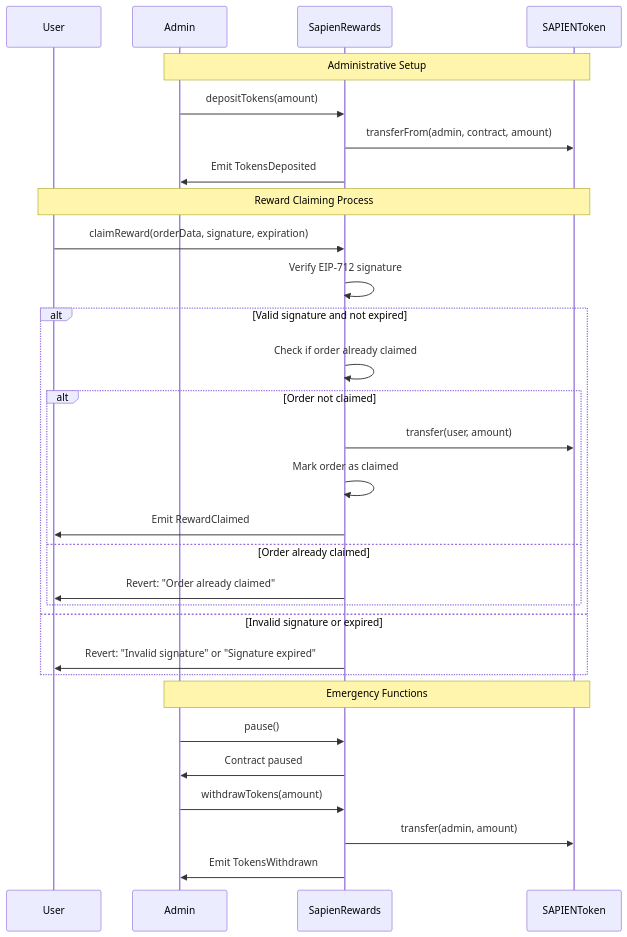
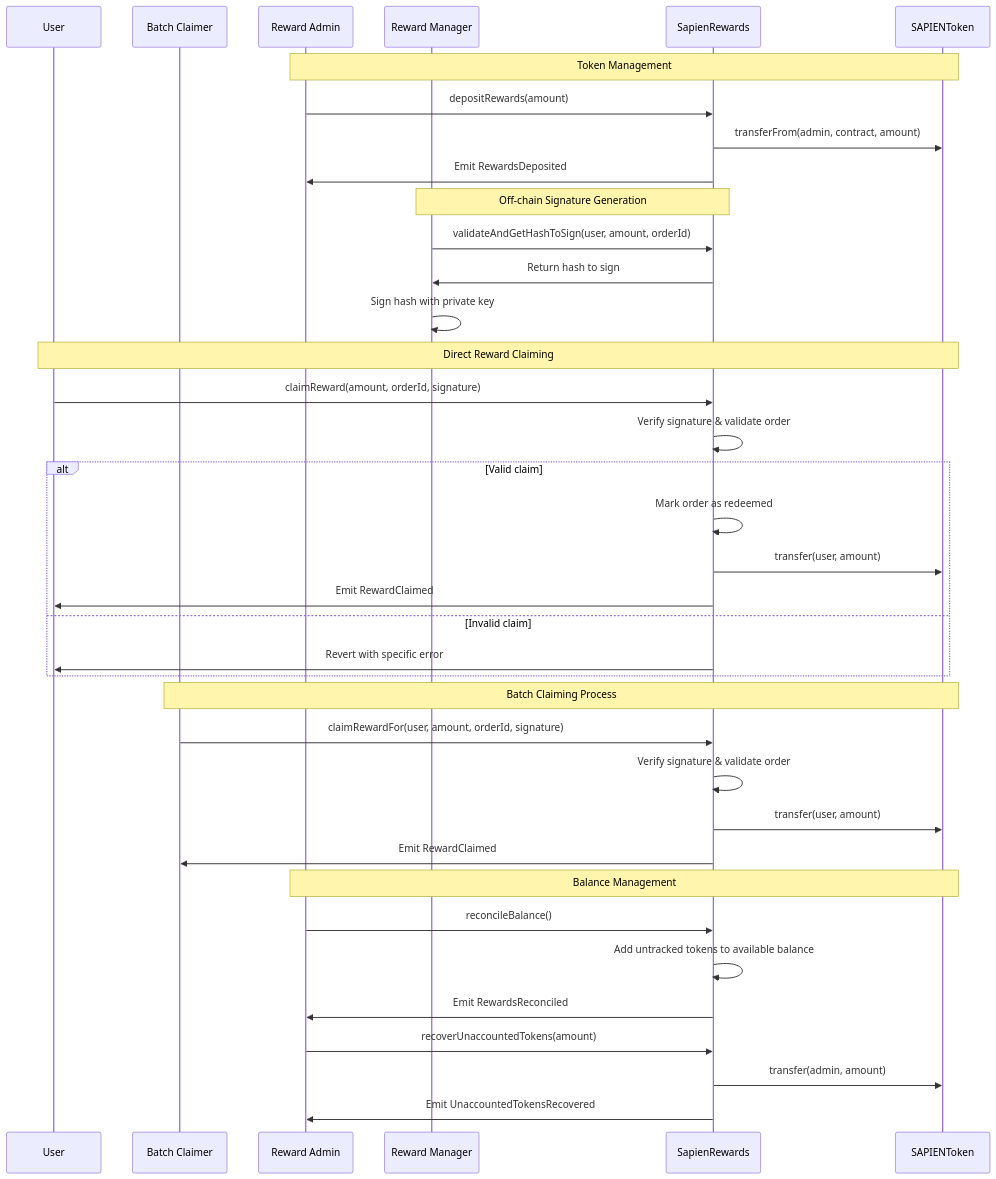
The diagram in notes/SapienRewards.md (Sapien-io/sapien-contracts), drawn with Mermaid before and after one commit. The commit also changed other lines of this file and 4 other files, not shown here.

````diff
--- a/notes/SapienRewards.md
+++ b/notes/SapienRewards.md
@@ -28,37 +47,46 @@
 ```mermaid
 sequenceDiagram
     participant User
-    participant Admin
+    participant BatchClaimer as Batch Claimer
+    participant RewardAdmin as Reward Admin
+    participant RewardManager as Reward Manager
     participant SapienRewards
     participant SAPIENToken
 
-    Note over Admin, SAPIENToken: Administrative Setup
-    Admin->>SapienRewards: depositTokens(amount)
+    Note over RewardAdmin, SAPIENToken: Token Management
+    RewardAdmin->>SapienRewards: depositRewards(amount)
     SapienRewards->>SAPIENToken: transferFrom(admin, contract, amount)
-    SapienRewards->>Admin: Emit TokensDeposited
+    SapienRewards->>RewardAdmin: Emit RewardsDeposited
 
-    Note over User, SAPIENToken: Reward Claiming Process
-    User->>SapienRewards: claimReward(orderData, signature, expiration)
-    SapienRewards->>SapienRewards: Verify EIP-712 signature
+    Note over RewardManager, SapienRewards: Off-chain Signature Generation
+    RewardManager->>SapienRewards: validateAndGetHashToSign(user, amount, orderId)
+    SapienRewards->>RewardManager: Return hash to sign
+    RewardManager->>RewardManager: Sign hash with private key
+
+    Note over User, SAPIENToken: Direct Reward Claiming
+    User->>SapienRewards: claimReward(amount, orderId, signature)
+    SapienRewards->>SapienRewards: Verify signature & validate order
     
-    alt Valid signature and not expired
-        SapienRewards->>SapienRewards: Check if order already claimed
-        alt Order not claimed
-            SapienRewards->>SAPIENToken: transfer(user, amount)
-            SapienRewards->>SapienRewards: Mark order as claimed
-            SapienRewards->>User: Emit RewardClaimed
-        else Order already claimed
-            SapienRewards->>User: Revert: "Order already claimed"
-        end
-    else Invalid signature or expired
-        SapienRewards->>User: Revert: "Invalid signature" or "Signature expired"
+    alt Valid claim
+        SapienRewards->>SapienRewards: Mark order as redeemed
+        SapienRewards->>SAPIENToken: transfer(user, amount)
+        SapienRewards->>User: Emit RewardClaimed
+    else Invalid claim
+        SapienRewards->>User: Revert with specific error
     end
 
-    Note over Admin, SAPIENToken: Emergency Functions
-    Admin->>SapienRewards: pause()
-    SapienRewards->>Admin: Contract paused
+    Note over BatchClaimer, SAPIENToken: Batch Claiming Process
+    BatchClaimer->>SapienRewards: claimRewardFor(user, amount, orderId, signature)
+    SapienRewards->>SapienRewards: Verify signature & validate order
+    SapienRewards->>SAPIENToken: transfer(user, amount)
+    SapienRewards->>BatchClaimer: Emit RewardClaimed
 
-    Admin->>SapienRewards: withdrawTokens(amount)
+    Note over RewardAdmin, SAPIENToken: Balance Management
+    RewardAdmin->>SapienRewards: reconcileBalance()
+    SapienRewards->>SapienRewards: Add untracked tokens to available balance
+    SapienRewards->>RewardAdmin: Emit RewardsReconciled
+
+    RewardAdmin->>SapienRewards: recoverUnaccountedTokens(amount)
     SapienRewards->>SAPIENToken: transfer(admin, amount)
-    SapienRewards->>Admin: Emit TokensWithdrawn
+    SapienRewards->>RewardAdmin: Emit UnaccountedTokensRecovered
 ```
````
